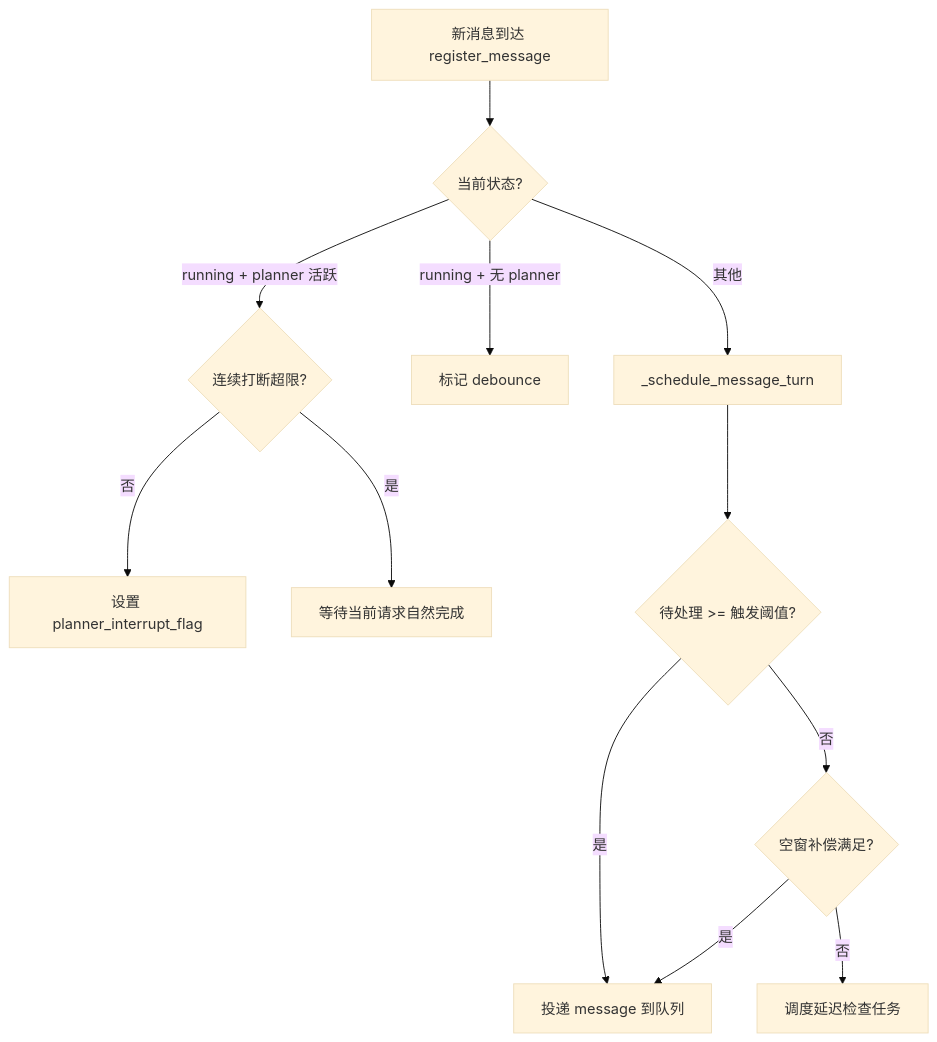
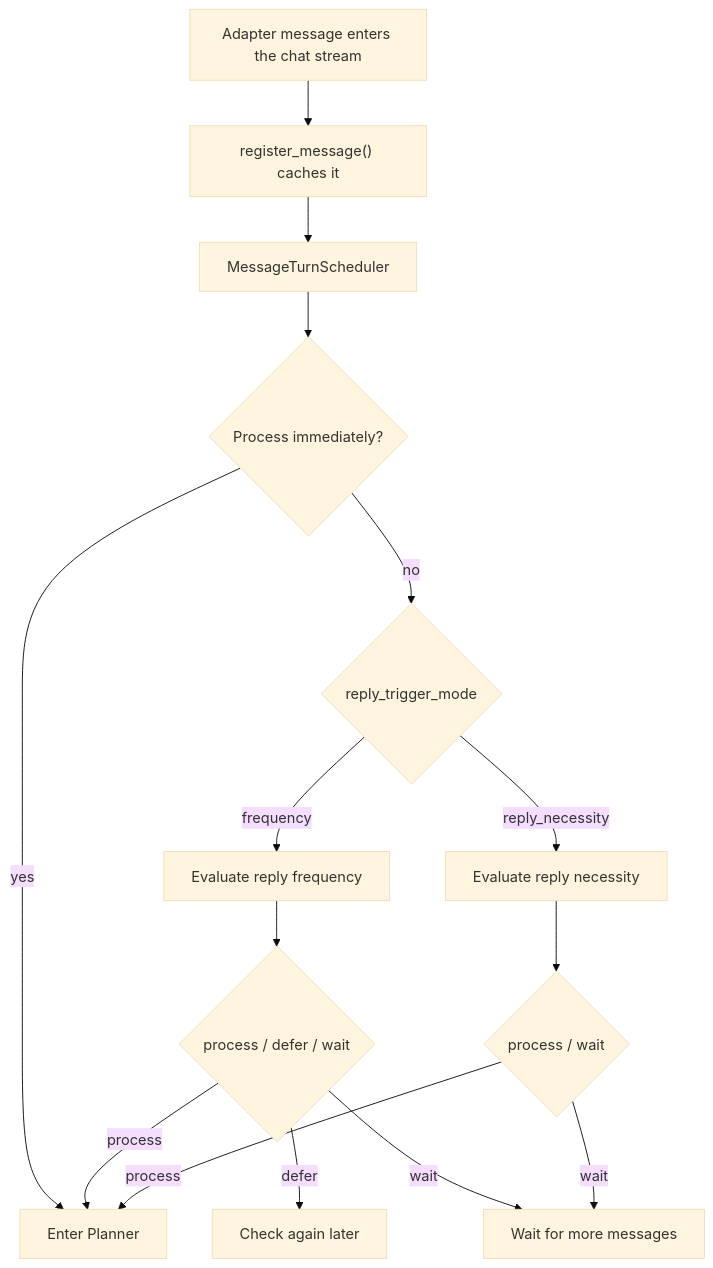
The first of 2 diagrams in en/develop/architecture/maisaka-reasoning.md (DrSmoothl/docs), drawn with Mermaid (base theme) before and after one commit. The commit also changed other lines of this file and 46 other files, not shown here.

````diff
--- a/en/develop/architecture/maisaka-reasoning.md
+++ b/en/develop/architecture/maisaka-reasoning.md
@@ -81,14 +25,17 @@
 ```mermaid
 flowchart TD
-    A[新消息到达 register_message] --> B{当前状态?}
-    B -->|running + planner 活跃| C{连续打断超限?}
-    C -->|否| D["设置 planner_interrupt_flag"]
-    C -->|是| E[等待当前请求自然完成]
-    B -->|running + 无 planner| F[标记 debounce]
-    B -->|其他| G[_schedule_message_turn]
-    G --> H{待处理 >= 触发阈值?}
-    H -->|是| I[投递 message 到队列]
-    H -->|否| J{空窗补偿满足?}
-    J -->|是| I
-    J -->|否| K[调度延迟检查任务]
+    A["Adapter message enters the chat stream"] --> B["register_message() caches it"]
+    B --> C["MessageTurnScheduler"]
+    C --> D{"Process immediately?"}
+    D -->|yes| H["Enter Planner"]
+    D -->|no| E{"reply_trigger_mode"}
+    E -->|frequency| F["Evaluate reply frequency"]
+    E -->|reply_necessity| G["Evaluate reply necessity"]
+    F --> I{"process / defer / wait"}
+    G --> J{"process / wait"}
+    I -->|process| H
+    I -->|defer| K["Check again later"]
+    I -->|wait| L["Wait for more messages"]
+    J -->|process| H
+    J -->|wait| L
 ```
````
